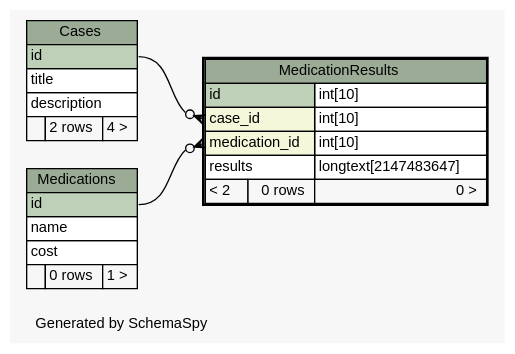
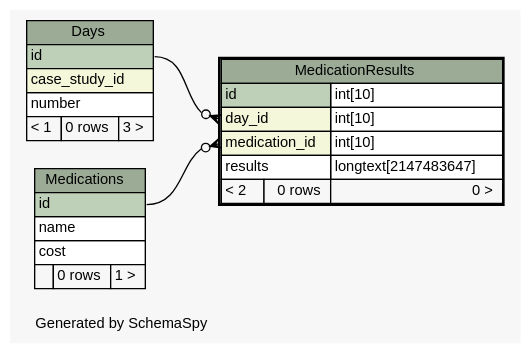
Before and after one commit to carrel2/CaseStudies: the diagram in web/files/schema/diagrams/MedicationResults.1degree.dot, drawn with Graphviz. The commit also changed 88 other files, not shown here.

```diff
--- a/web/files/schema/diagrams/MedicationResults.1degree.dot
+++ b/web/files/schema/diagrams/MedicationResults.1degree.dot
@@ -1,61 +1,61 @@
-// dot 2.38.0 on Linux 4.4.0-59-generic
+// dot 2.38.0 on Linux 4.4.0-62-generic
 // SchemaSpy rev 590
 digraph "oneDegreeRelationshipsDiagram" {
   graph [
     rankdir="RL"
     bgcolor="#f7f7f7"
     label="\nGenerated by SchemaSpy"
     labeljust="l"
     nodesep="0.18"
     ranksep="0.46"
     fontname="Helvetica"
     fontsize="11"
   ];
   node [
     fontname="Helvetica"
     fontsize="11"
     shape="plaintext"
   ];
   edge [
     arrowsize="0.8"
   ];
-  "MedicationResults":"case_id":w -> "Cases":"id":e [arrowhead=none dir=back arrowtail=crowodot];
+  "MedicationResults":"day_id":w -> "Days":"id":e [arrowhead=none dir=back arrowtail=crowodot];
   "MedicationResults":"medication_id":w -> "Medications":"id":e [arrowhead=none dir=back arrowtail=crowodot];
-  "Cases" [
+  "Days" [
     label=<
     <TABLE BORDER="0" CELLBORDER="1" CELLSPACING="0" BGCOLOR="#ffffff">
-      <TR><TD COLSPAN="3" BGCOLOR="#9bab96" ALIGN="CENTER">Cases</TD></TR>
+      <TR><TD COLSPAN="3" BGCOLOR="#9bab96" ALIGN="CENTER">Days</TD></TR>
       <TR><TD PORT="id" COLSPAN="3" BGCOLOR="#bed1b8" ALIGN="LEFT">id</TD></TR>
-      <TR><TD PORT="title" COLSPAN="3" ALIGN="LEFT">title</TD></TR>
-      <TR><TD PORT="description" COLSPAN="3" ALIGN="LEFT">description</TD></TR>
-      <TR><TD ALIGN="LEFT" BGCOLOR="#f7f7f7">  </TD><TD ALIGN="RIGHT" BGCOLOR="#f7f7f7">2 rows</TD><TD ALIGN="RIGHT" BGCOLOR="#f7f7f7">4 &gt;</TD></TR>
+      <TR><TD PORT="case_study_id" COLSPAN="3" BGCOLOR="#f4f7da" ALIGN="LEFT">case_study_id</TD></TR>
+      <TR><TD PORT="number" COLSPAN="3" ALIGN="LEFT">number</TD></TR>
+      <TR><TD ALIGN="LEFT" BGCOLOR="#f7f7f7">&lt; 1</TD><TD ALIGN="RIGHT" BGCOLOR="#f7f7f7">0 rows</TD><TD ALIGN="RIGHT" BGCOLOR="#f7f7f7">3 &gt;</TD></TR>
     </TABLE>>
-    URL="Cases.html"
-    tooltip="Cases"
+    URL="Days.html"
+    tooltip="Days"
   ];
   "MedicationResults" [
     label=<
     <TABLE BORDER="2" CELLBORDER="1" CELLSPACING="0" BGCOLOR="#ffffff">
       <TR><TD COLSPAN="3" BGCOLOR="#9bab96" ALIGN="CENTER">MedicationResults</TD></TR>
       <TR><TD PORT="id" COLSPAN="2" BGCOLOR="#bed1b8" ALIGN="LEFT">id</TD><TD PORT="id.type" ALIGN="LEFT">int[10]</TD></TR>
-      <TR><TD PORT="case_id" COLSPAN="2" BGCOLOR="#f4f7da" ALIGN="LEFT">case_id</TD><TD PORT="case_id.type" ALIGN="LEFT">int[10]</TD></TR>
+      <TR><TD PORT="day_id" COLSPAN="2" BGCOLOR="#f4f7da" ALIGN="LEFT">day_id</TD><TD PORT="day_id.type" ALIGN="LEFT">int[10]</TD></TR>
       <TR><TD PORT="medication_id" COLSPAN="2" BGCOLOR="#f4f7da" ALIGN="LEFT">medication_id</TD><TD PORT="medication_id.type" ALIGN="LEFT">int[10]</TD></TR>
       <TR><TD PORT="results" COLSPAN="2" ALIGN="LEFT">results</TD><TD PORT="results.type" ALIGN="LEFT">longtext[2147483647]</TD></TR>
       <TR><TD ALIGN="LEFT" BGCOLOR="#f7f7f7">&lt; 2</TD><TD ALIGN="RIGHT" BGCOLOR="#f7f7f7">0 rows</TD><TD ALIGN="RIGHT" BGCOLOR="#f7f7f7">0 &gt;</TD></TR>
     </TABLE>>
     URL="MedicationResults.html"
     tooltip="MedicationResults"
   ];
   "Medications" [
     label=<
     <TABLE BORDER="0" CELLBORDER="1" CELLSPACING="0" BGCOLOR="#ffffff">
       <TR><TD COLSPAN="3" BGCOLOR="#9bab96" ALIGN="CENTER">Medications</TD></TR>
       <TR><TD PORT="id" COLSPAN="3" BGCOLOR="#bed1b8" ALIGN="LEFT">id</TD></TR>
       <TR><TD PORT="name" COLSPAN="3" ALIGN="LEFT">name</TD></TR>
       <TR><TD PORT="cost" COLSPAN="3" ALIGN="LEFT">cost</TD></TR>
       <TR><TD ALIGN="LEFT" BGCOLOR="#f7f7f7">  </TD><TD ALIGN="RIGHT" BGCOLOR="#f7f7f7">0 rows</TD><TD ALIGN="RIGHT" BGCOLOR="#f7f7f7">1 &gt;</TD></TR>
     </TABLE>>
     URL="Medications.html"
     tooltip="Medications"
   ];
 }
```
